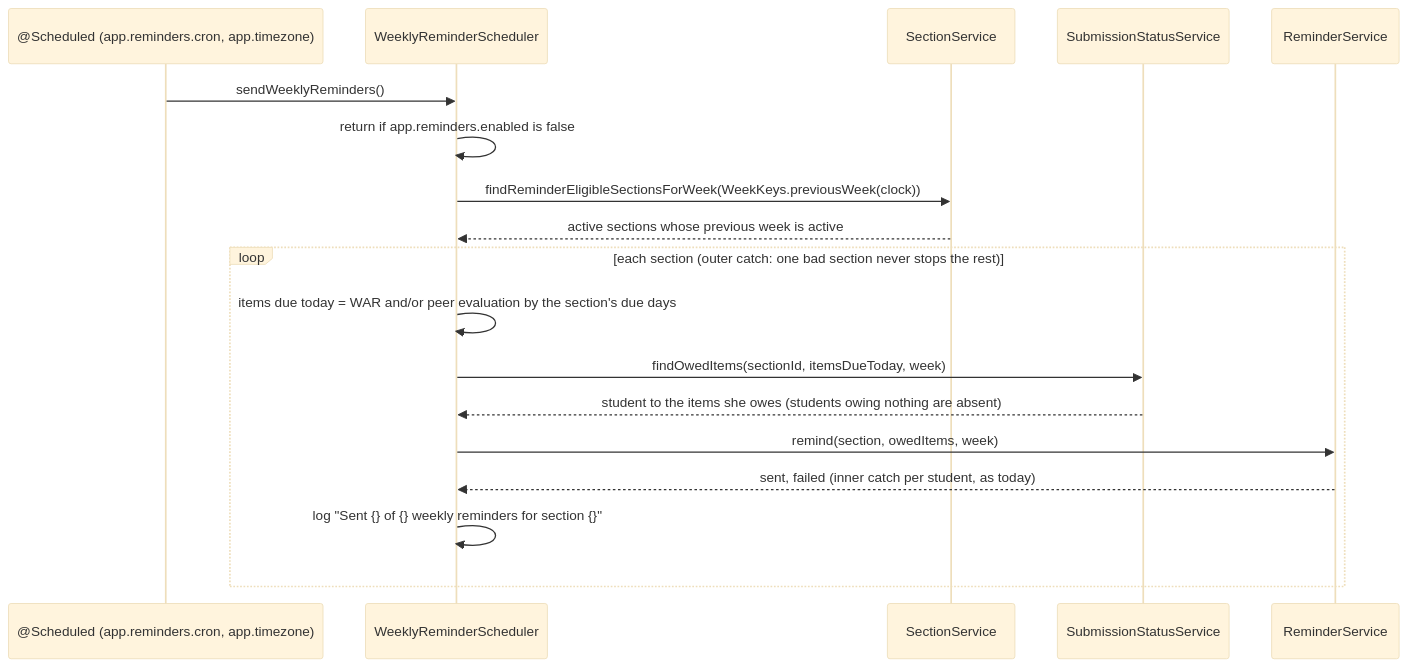
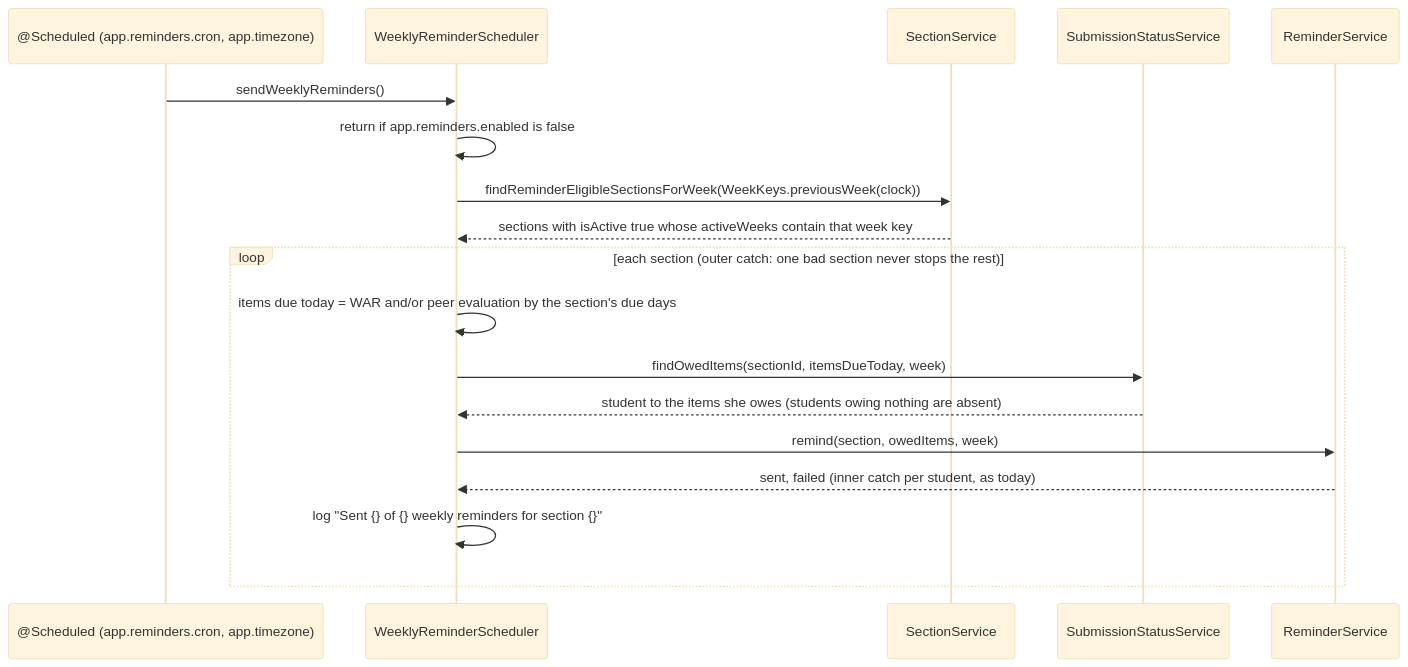
The third of 3 diagrams in docs/design/not.md (Washingtonwei/project-pulse), drawn with Mermaid (base theme) before and after one commit. The commit also changed other lines of this file and 1 other file, not shown here.

````diff
--- a/docs/design/not.md
+++ b/docs/design/not.md
@@ -130,20 +130,20 @@
 ```mermaid
 sequenceDiagram
     participant CRON as @Scheduled (app.reminders.cron, app.timezone)
     participant WRS as WeeklyReminderScheduler
     participant SEC as SectionService
     participant SS as SubmissionStatusService
     participant RS as ReminderService
     CRON->>WRS: sendWeeklyReminders()
     WRS->>WRS: return if app.reminders.enabled is false
     WRS->>SEC: findReminderEligibleSectionsForWeek(WeekKeys.previousWeek(clock))
-    SEC-->>WRS: active sections whose previous week is active
+    SEC-->>WRS: sections with isActive true whose activeWeeks contain that week key
     loop each section (outer catch: one bad section never stops the rest)
         WRS->>WRS: items due today = WAR and/or peer evaluation by the section's due days
         WRS->>SS: findOwedItems(sectionId, itemsDueToday, week)
         SS-->>WRS: student to the items she owes (students owing nothing are absent)
         WRS->>RS: remind(section, owedItems, week)
         RS-->>WRS: sent, failed (inner catch per student, as today)
         WRS->>WRS: log "Sent {} of {} weekly reminders for section {}"
     end
 ```
````
